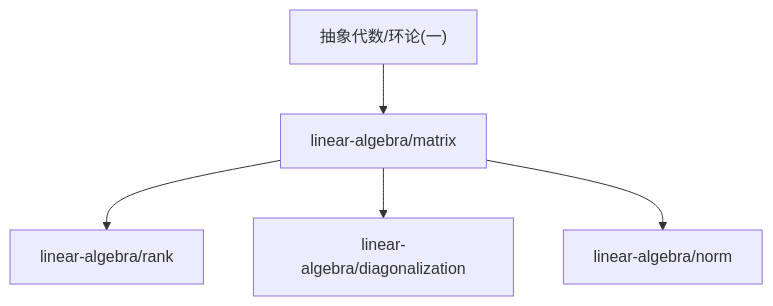
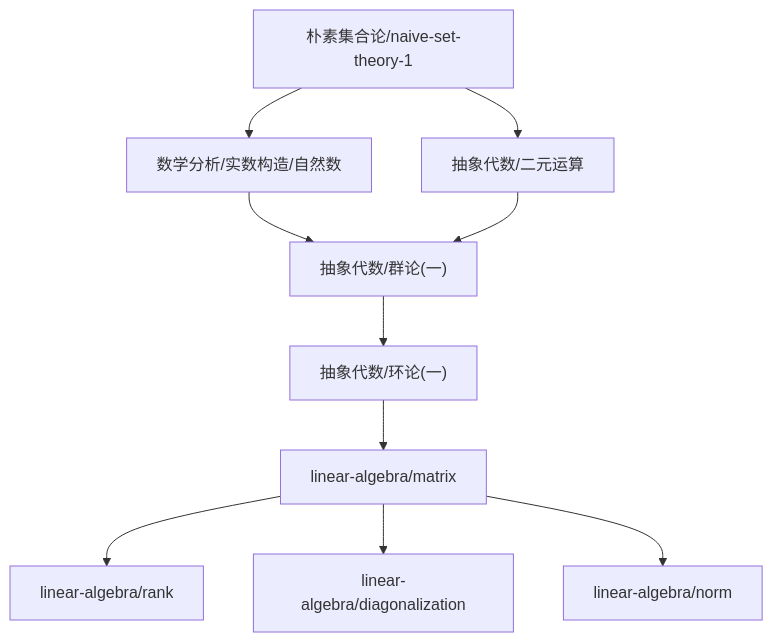
The diagram in content/linear-algebra/dependency_graph.md (zeroDtree/zeroDtree.github.io), drawn with Mermaid before and after one commit. The commit also changed 86 other files, not shown here.

````diff
--- a/content/linear-algebra/dependency_graph.md
+++ b/content/linear-algebra/dependency_graph.md
@@ -1,7 +1,12 @@
 ```mermaid
 graph TD
 1["linear-algebra/matrix"] --> 0["linear-algebra/rank"]
 3["抽象代数/环论(一)"] --> 1["linear-algebra/matrix"]
 1["linear-algebra/matrix"] --> 4["linear-algebra/diagonalization"]
 1["linear-algebra/matrix"] --> 5["linear-algebra/norm"]
+6["抽象代数/群论(一)"] --> 3["抽象代数/环论(一)"]
+7["数学分析/实数构造/自然数"] --> 6["抽象代数/群论(一)"]
+8["抽象代数/二元运算"] --> 6["抽象代数/群论(一)"]
+9["朴素集合论/naive-set-theory-1"] --> 7["数学分析/实数构造/自然数"]
+9["朴素集合论/naive-set-theory-1"] --> 8["抽象代数/二元运算"]
 ```
````
